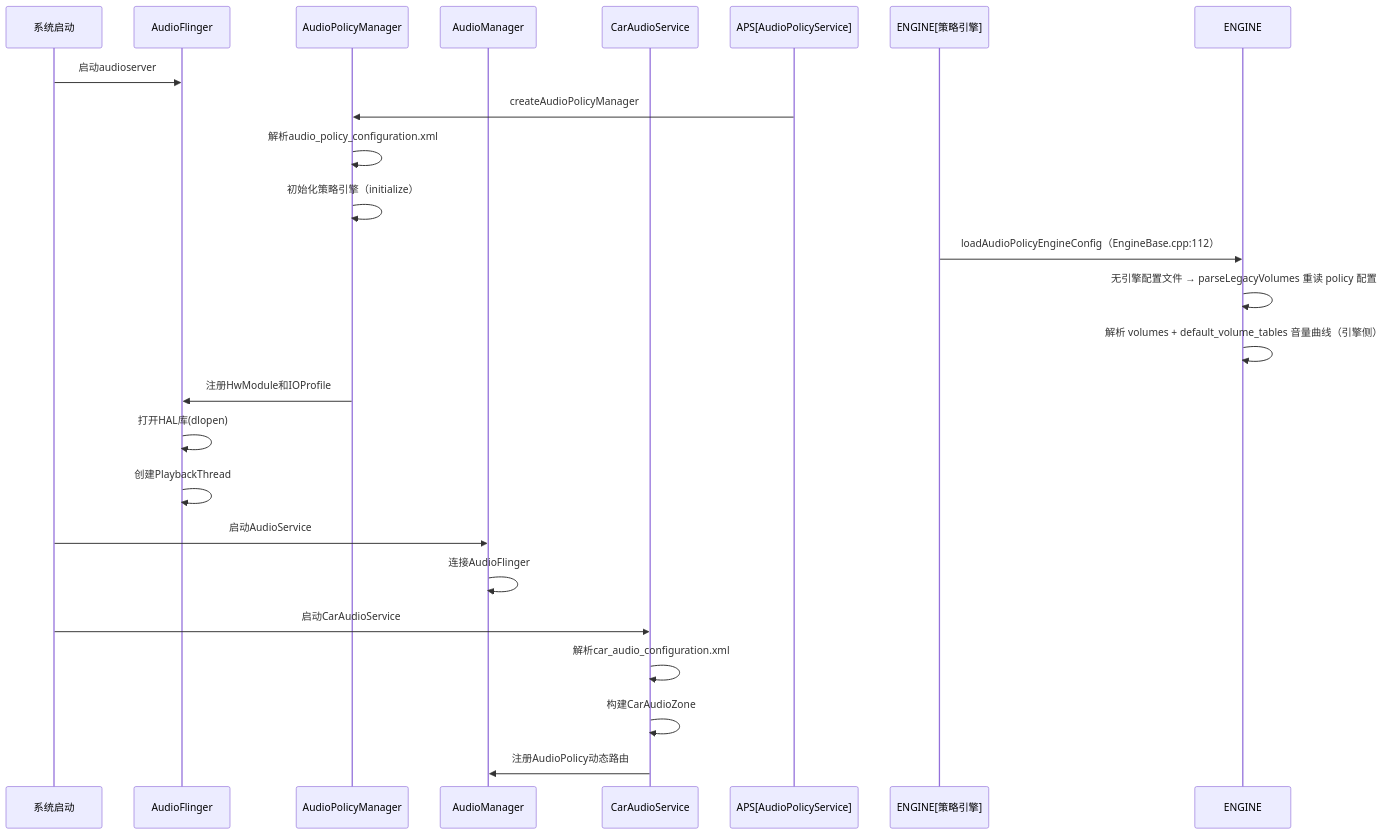
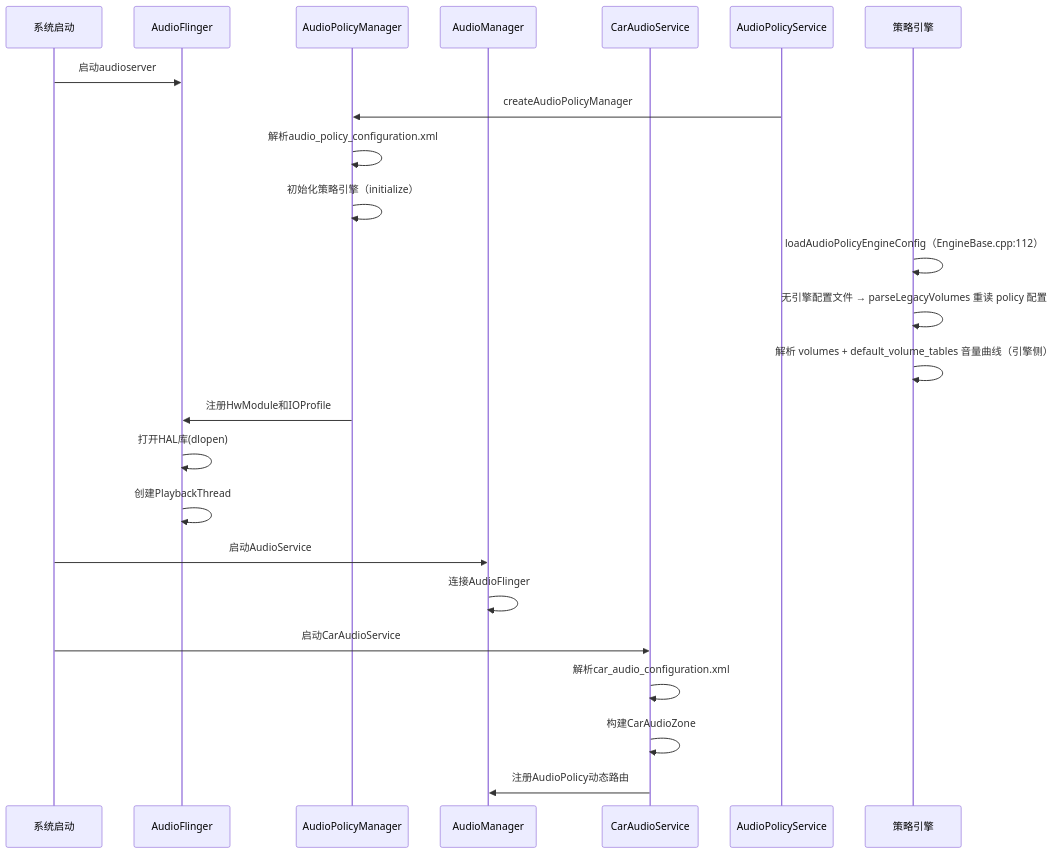
One commit to yanglinzhen1022/SA8295_AAOS_QNX_Audio_KnowledgeBase changed the fourth of 4 diagrams in 11_Vendor_Layer/11_11.6_配置解析流程.md. Above: the diagram before and after it, drawn with Mermaid. The commit also changed other lines of this file and 6 other files, not shown here.

````diff
--- a/11_Vendor_Layer/11_11.6_配置解析流程.md
+++ b/11_Vendor_Layer/11_11.6_配置解析流程.md
@@ -224,27 +224,29 @@
 ```mermaid
 sequenceDiagram
     participant Init as 系统启动
     participant AF as AudioFlinger
     participant APM as AudioPolicyManager
     participant AM as AudioManager
     participant CAS as CarAudioService
+    participant APS as AudioPolicyService
+    participant ENGINE as 策略引擎
 
     Init->>AF: 启动audioserver
-    APS[AudioPolicyService] ->>APM: createAudioPolicyManager
+    APS->>APM: createAudioPolicyManager
     APM->>APM: 解析audio_policy_configuration.xml
     APM->>APM: 初始化策略引擎（initialize）
-    ENGINE[策略引擎] ->>ENGINE: loadAudioPolicyEngineConfig（EngineBase.cpp:112）
+    ENGINE->>ENGINE: loadAudioPolicyEngineConfig（EngineBase.cpp:112）
     ENGINE->>ENGINE: 无引擎配置文件 → parseLegacyVolumes 重读 policy 配置
     ENGINE->>ENGINE: 解析 volumes + default_volume_tables 音量曲线（引擎侧）
     APM->>AF: 注册HwModule和IOProfile
     AF->>AF: 打开HAL库(dlopen)
     AF->>AF: 创建PlaybackThread
 
     Init->>AM: 启动AudioService
     AM->>AM: 连接AudioFlinger
 
     Init->>CAS: 启动CarAudioService
     CAS->>CAS: 解析car_audio_configuration.xml
     CAS->>CAS: 构建CarAudioZone
     CAS->>AM: 注册AudioPolicy动态路由
 ```
````
